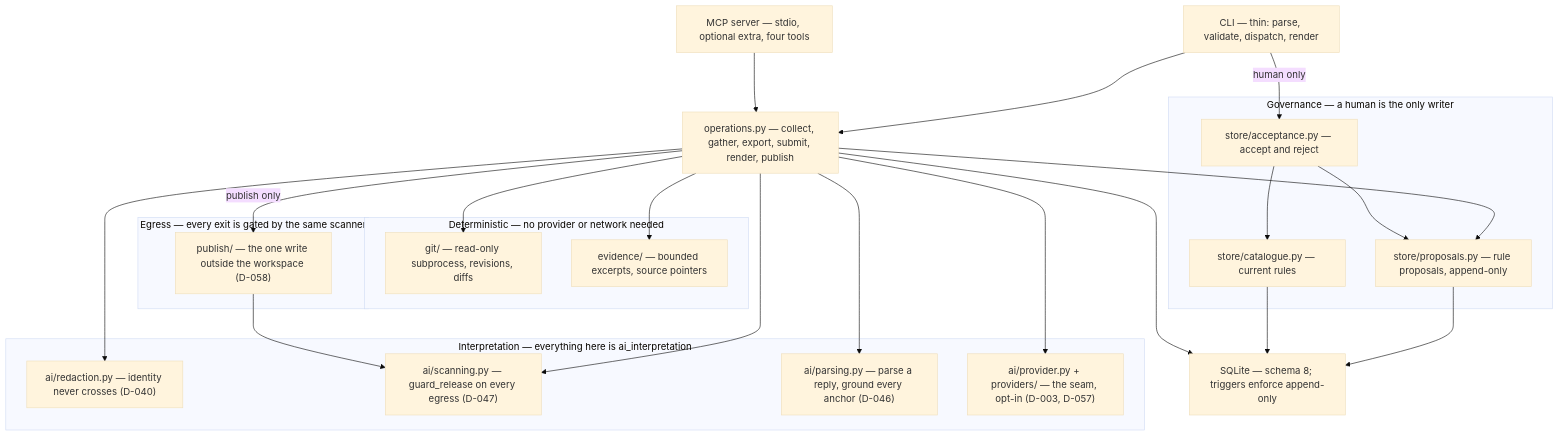
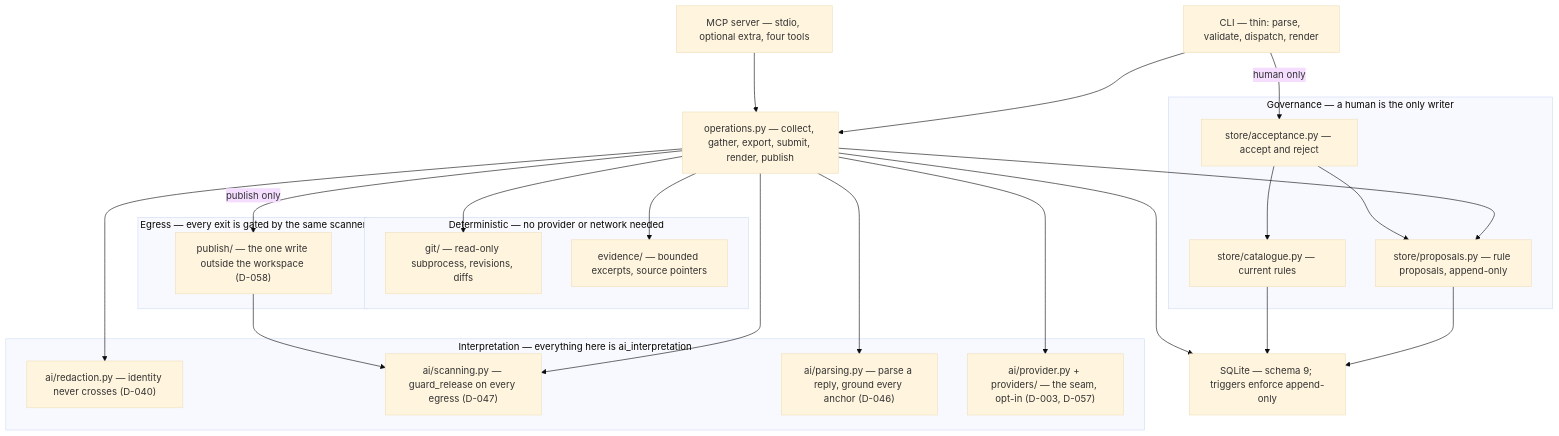
Before and after one commit to padjis/claudine: the first of 3 diagrams in ARCHITECTURE.md, drawn with Mermaid (base theme). The commit also changed other lines of this file and 12 other files, not shown here.

````diff
--- a/ARCHITECTURE.md
+++ b/ARCHITECTURE.md
@@ -33,48 +33,48 @@
 ```mermaid
 flowchart TD
     CLI["CLI — thin: parse, validate, dispatch, render"]
     MCP["MCP server — stdio, optional extra, four tools"]
     OPS["operations.py — collect, gather, export, submit, render, publish"]
 
     subgraph DET["Deterministic — no provider or network needed"]
         GIT["git/ — read-only subprocess, revisions, diffs"]
         EV["evidence/ — bounded excerpts, source pointers"]
     end
 
     subgraph INT["Interpretation — everything here is ai_interpretation"]
         RED["ai/redaction.py — identity never crosses (D-040)"]
         SCAN["ai/scanning.py — guard_release on every egress (D-047)"]
         PARSE["ai/parsing.py — parse a reply, ground every anchor (D-046)"]
         PROV["ai/provider.py + providers/ — the seam, opt-in (D-003, D-057)"]
     end
 
     subgraph OUT["Egress — every exit is gated by the same scanner"]
         PUB["publish/ — the one write outside the workspace (D-058)"]
     end
 
     subgraph GOV["Governance — a human is the only writer"]
         REV["store/acceptance.py — accept and reject"]
         CAT["store/catalogue.py — current rules"]
         PROP["store/proposals.py — rule proposals, append-only"]
     end
 
-    DB["SQLite — schema 8; triggers enforce append-only"]
+    DB["SQLite — schema 9; triggers enforce append-only"]
 
     CLI --> OPS
     MCP --> OPS
     CLI -->|"human only"| REV
     OPS --> GIT
     OPS --> EV
     OPS --> RED
     OPS --> SCAN
     OPS --> PARSE
     OPS --> PROV
     OPS --> PROP
     OPS -->|"publish only"| PUB
     PUB --> SCAN
     REV --> CAT
     REV --> PROP
     PROP --> DB
     CAT --> DB
     OPS --> DB
 ```
````
